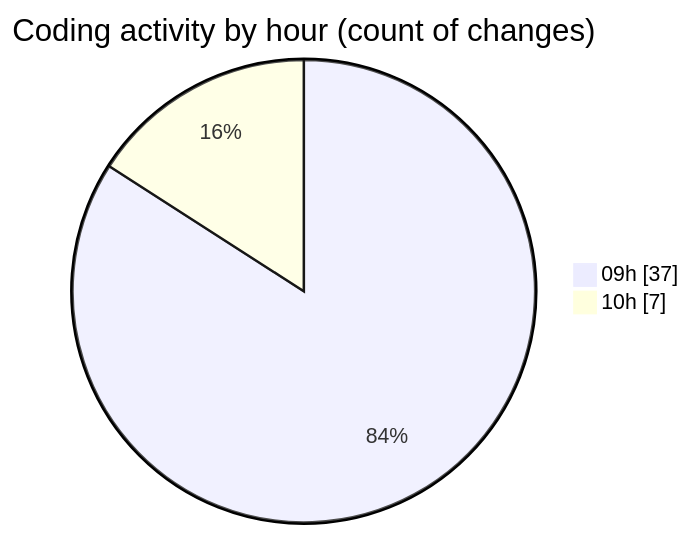
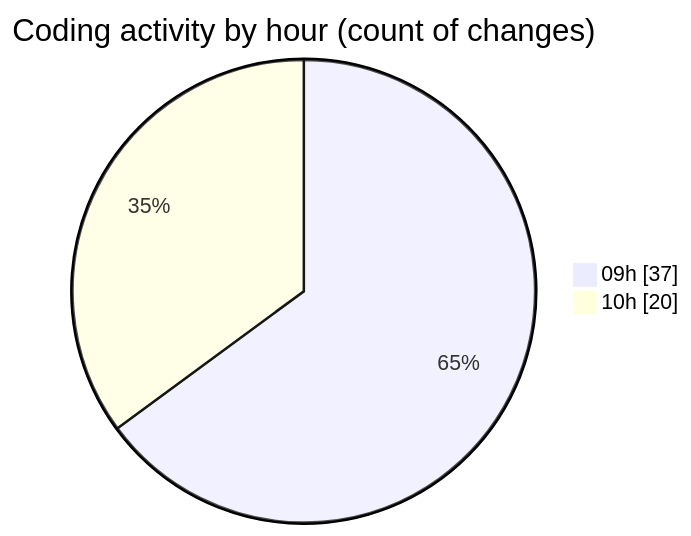
One commit to momahboobian/code-tracking changed the second of 2 diagrams in 2026-05-08/cda/README.md. Above: the diagram before and after it, drawn with Mermaid. The commit also changed other lines of this file and 1 other file, not shown here.

````diff
--- a/2026-05-08/cda/README.md
+++ b/2026-05-08/cda/README.md
@@ -49,6 +49,6 @@
 ```mermaid
 pie showData
 title Coding activity by hour (count of changes)
 "09h" : 37
-"10h" : 7
+"10h" : 20
 ```
````
